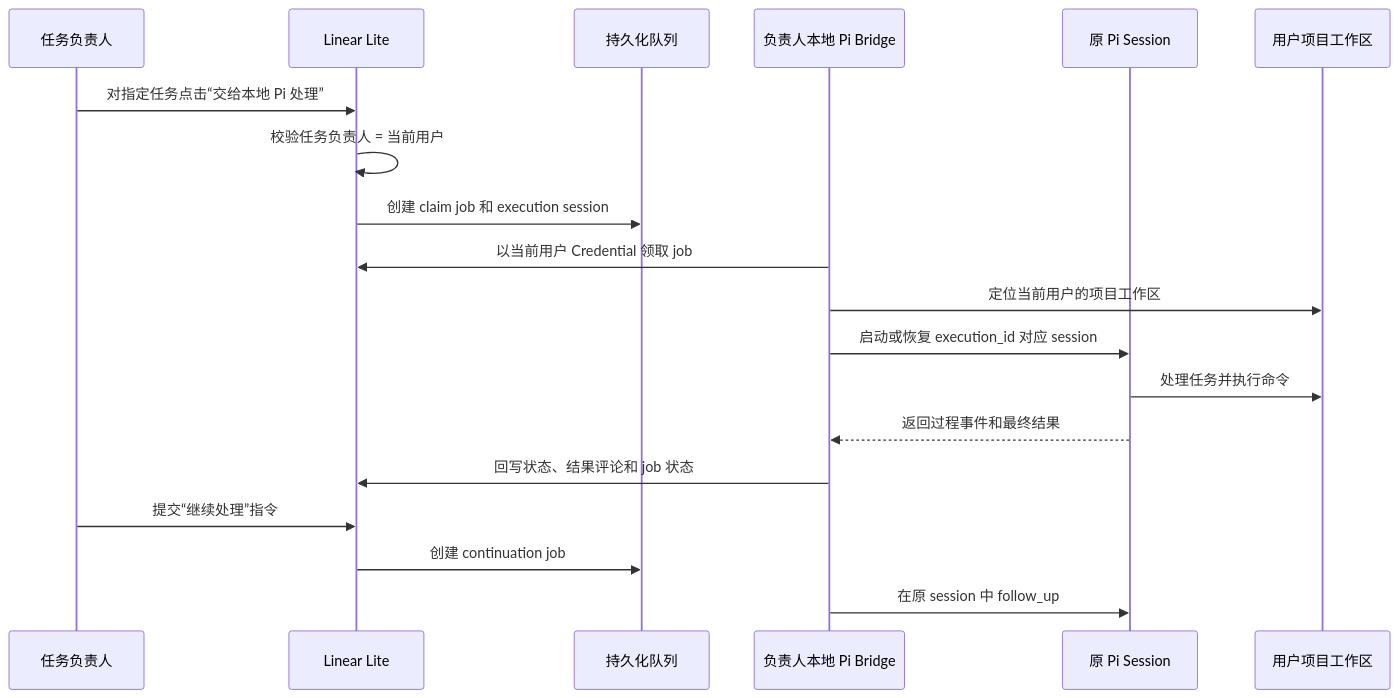
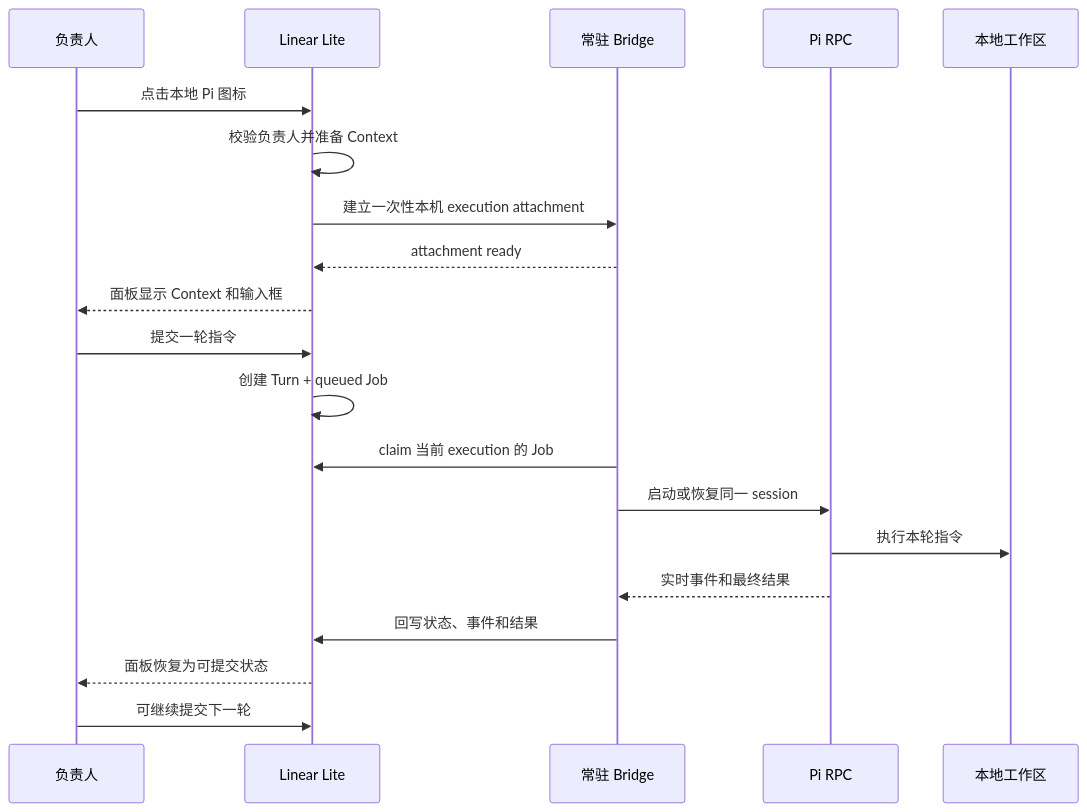
The second of 2 diagrams in docs/linear-lite-pi-integration-plan.md (hzwjs/linear-lite), drawn with Mermaid before and after one commit. The commit also changed other lines of this file and 50 other files, not shown here.

````diff
--- a/docs/linear-lite-pi-integration-plan.md
+++ b/docs/linear-lite-pi-integration-plan.md
@@ -222,22 +287,23 @@
 ```mermaid
 sequenceDiagram
-    participant U as 任务负责人
+    participant U as 负责人
     participant L as Linear Lite
-    participant Q as 持久化队列
-    participant B as 负责人本地 Pi Bridge
-    participant P as 原 Pi Session
-    participant W as 用户项目工作区
+    participant B as 常驻 Bridge
+    participant P as Pi RPC
+    participant W as 本地工作区
 
-    U->>L: 对指定任务点击“交给本地 Pi 处理”
-    L->>L: 校验任务负责人 = 当前用户
-    L->>Q: 创建 claim job 和 execution session
-    B->>L: 以当前用户 Credential 领取 job
-    B->>W: 定位当前用户的项目工作区
-    B->>P: 启动或恢复 execution_id 对应 session
-    P->>W: 处理任务并执行命令
-    P-->>B: 返回过程事件和最终结果
-    B->>L: 回写状态、结果评论和 job 状态
-    U->>L: 提交“继续处理”指令
-    L->>Q: 创建 continuation job
-    B->>P: 在原 session 中 follow_up
+    U->>L: 点击本地 Pi 图标
+    L->>L: 校验负责人并准备 Context
+    L->>B: 建立一次性本机 execution attachment
+    B-->>L: attachment ready
+    L-->>U: 面板显示 Context 和输入框
+    U->>L: 提交一轮指令
+    L->>L: 创建 Turn + queued Job
+    B->>L: claim 当前 execution 的 Job
+    B->>P: 启动或恢复同一 session
+    P->>W: 执行本轮指令
+    P-->>B: 实时事件和最终结果
+    B->>L: 回写状态、事件和结果
+    L-->>U: 面板恢复为可提交状态
+    U->>L: 可继续提交下一轮
 ```
````
